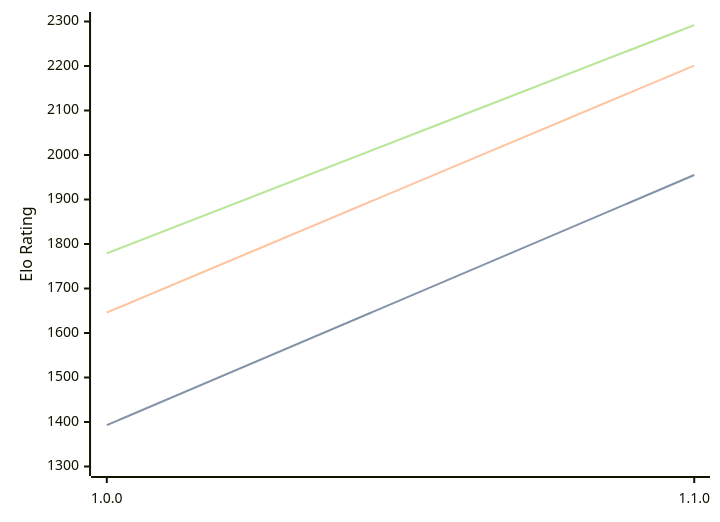
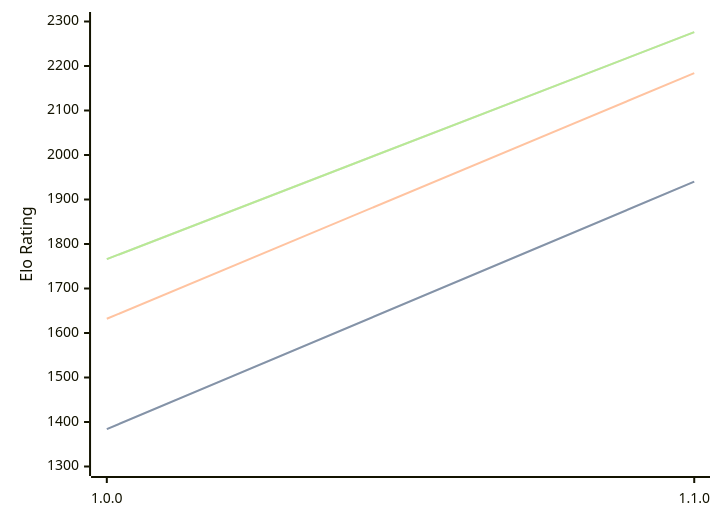
Before and after one commit to computer-chess-index/cci: the diagram in engines/Akerbeltz.md, drawn with Mermaid. The commit also changed other lines of this file, not shown here.

Commit message:
Update CCI Ratings (ELO VLTC) - 2026-05-20

````diff
--- a/engines/Akerbeltz.md
+++ b/engines/Akerbeltz.md
@@ -32,11 +32,11 @@
 ```mermaid
 %%{init: {"theme":"base","themeVariables":{"seriesColors:['#a3a3a3','#222221','#faa371']}}}%%
 xychart-beta
   x-axis ["1.0.0", "1.1.0"]
   y-axis "Elo Rating" 1300 --> 2300
-  line "STC (8.0+0.08s)" [1393, 1955]
-  line "STC (8.0+0.08s)" [1393, 1955]
-  line "LTC (60.0+0.60s)" [1646, 2201]
-  line "VLTC (2m24s+1.12s)" [1779, 2292]
-  line "VLTC (2m24s+1.12s)" [1779, 2292]
+  line "STC (8.0+0.08s)" [1384, 1940]
+  line "STC (8.0+0.08s)" [1384, 1940]
+  line "LTC (60.0+0.60s)" [1632, 2184]
+  line "VLTC (2m24s+1.12s)" [1766, 2276]
+  line "VLTC (2m24s+1.12s)" [1766, 2276]
 ```
````
